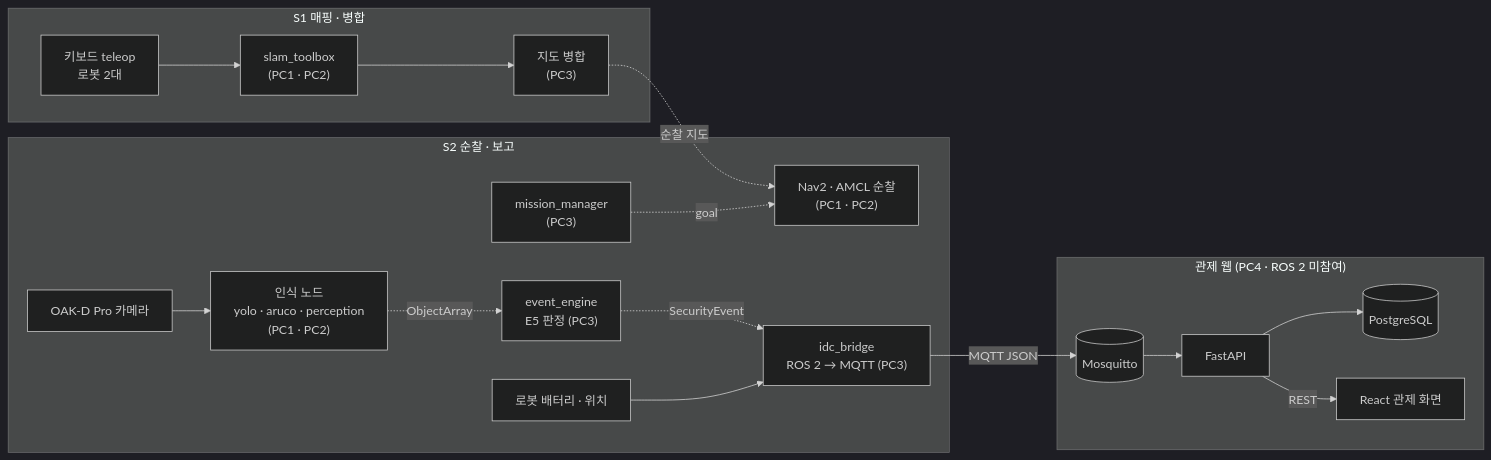
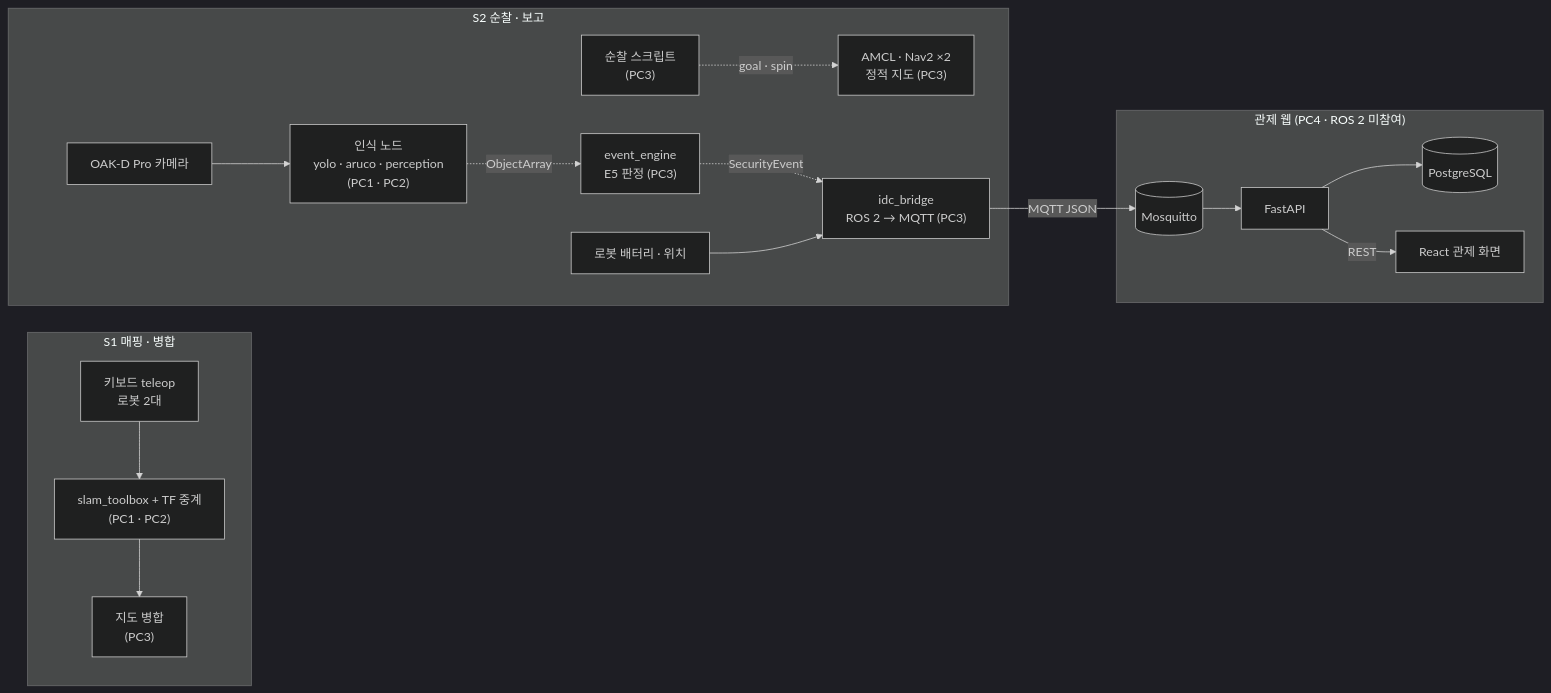
One commit to hwang-injae/idc-patrol-robot changed the diagram in README.md. Above: the diagram before and after it, drawn with Mermaid (dark theme). The commit also changed other lines of this file and 7 other files, not shown here.

````diff
--- a/README.md
+++ b/README.md
@@ -141,19 +157,18 @@
 ```mermaid
 flowchart LR
     subgraph S1["S1 매핑 · 병합"]
-        TELEOP["키보드 teleop<br/>로봇 2대"] --> SLAM["slam_toolbox<br/>(PC1 · PC2)"] --> MERGE["지도 병합<br/>(PC3)"]
+        TELEOP["키보드 teleop<br/>로봇 2대"] --> SLAM["slam_toolbox + TF 중계<br/>(PC1 · PC2)"] --> MERGE["지도 병합<br/>(PC3)"]
     end
     subgraph S2["S2 순찰 · 보고"]
-        MIS["mission_manager<br/>(PC3)"] -. goal .-> NAV["Nav2 · AMCL 순찰<br/>(PC1 · PC2)"]
+        PAT["순찰 스크립트<br/>(PC3)"] -. goal · spin .-> NAV["AMCL · Nav2 ×2<br/>정적 지도 (PC3)"]
         CAM["OAK-D Pro 카메라"] --> PER["인식 노드<br/>yolo · aruco · perception<br/>(PC1 · PC2)"]
         PER -. ObjectArray .-> EVT["event_engine<br/>E5 판정 (PC3)"]
         EVT -. SecurityEvent .-> BR["idc_bridge<br/>ROS 2 → MQTT (PC3)"]
         TEL["로봇 배터리 · 위치"] --> BR
     end
     subgraph WEB["관제 웹 (PC4 · ROS 2 미참여)"]
         MQ[("Mosquitto")] --> API["FastAPI"] --> DB[("PostgreSQL")]
         API -- REST --> UI["React 관제 화면"]
     end
-    MERGE -. 순찰 지도 .-> NAV
     BR -- MQTT JSON --> MQ
 ```
````
